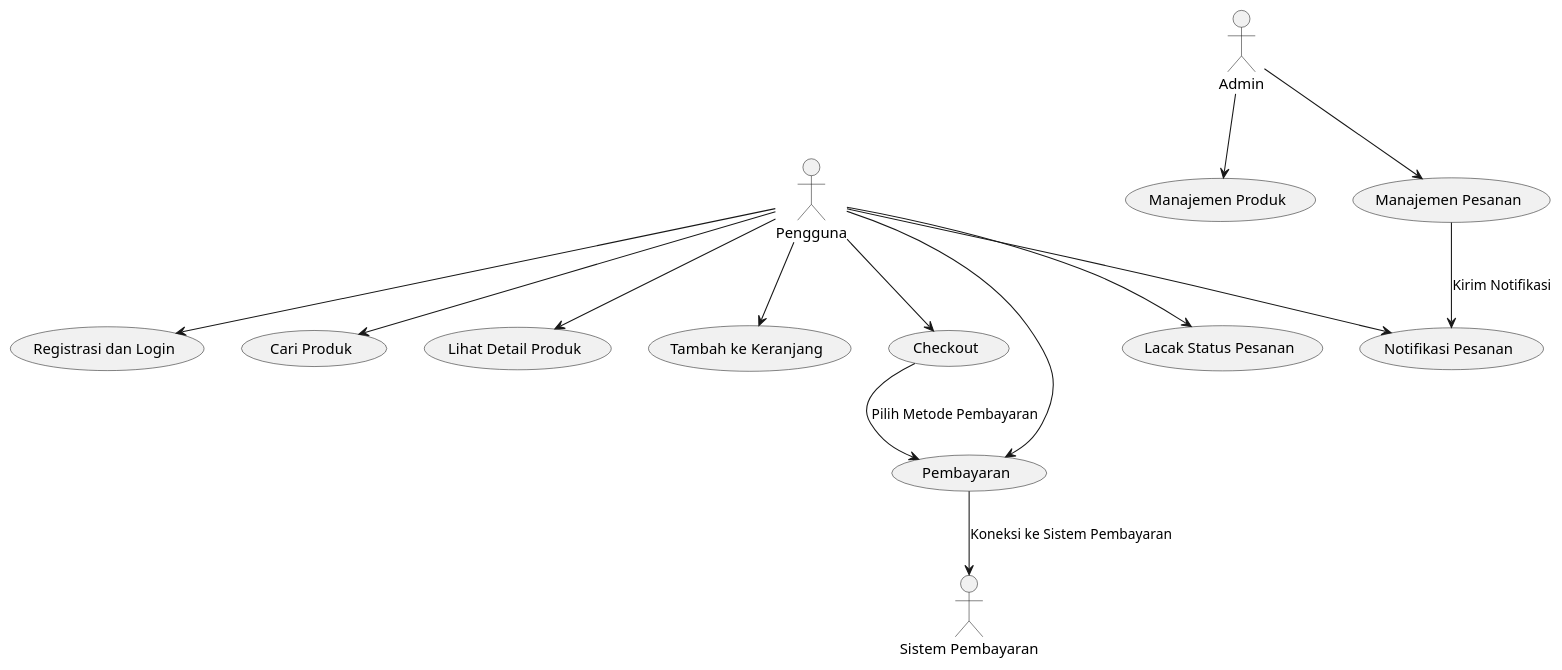
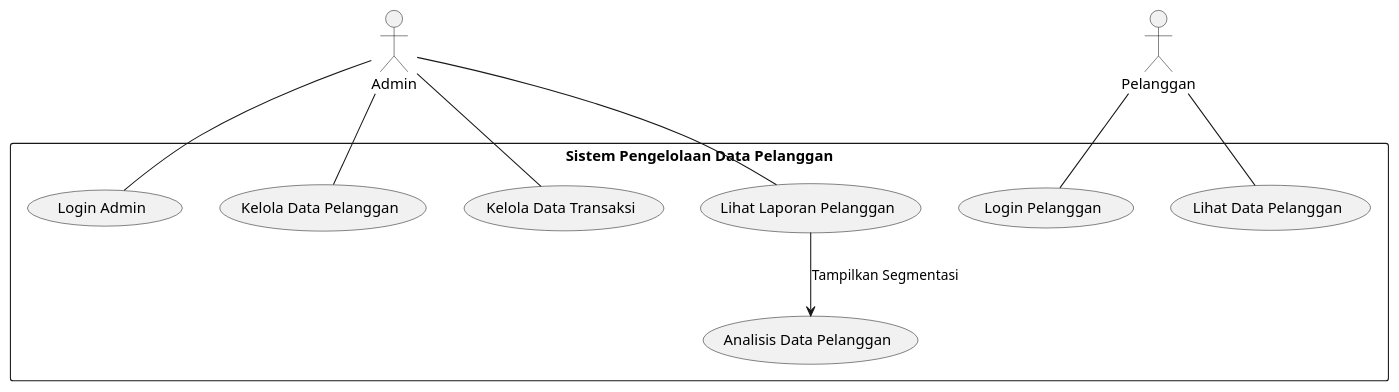
Before and after one commit to fitracandra/DAA: the diagram in UTS/usecase/usecase.puml, drawn with PlantUML. The commit also changed 64 other files, not shown here.

```diff
--- a/UTS/usecase/usecase.puml
+++ b/UTS/usecase/usecase.puml
@@ -1,34 +1,26 @@
-@startuml Jualbeli
+@startuml
 
-actor Pengguna
 actor Admin
-actor "Sistem Pembayaran" as PaymentSystem
+actor Pelanggan
 
-usecase "Registrasi dan Login" as UC_Login
-usecase "Cari Produk" as UC_Search
-usecase "Lihat Detail Produk" as UC_ViewDetail
-usecase "Tambah ke Keranjang" as UC_AddToCart
-usecase "Checkout" as UC_Checkout
-usecase "Pembayaran" as UC_Payment
-usecase "Lacak Status Pesanan" as UC_TrackOrder
-usecase "Notifikasi Pesanan" as UC_Notification
-usecase "Manajemen Produk" as UC_ManageProduct
-usecase "Manajemen Pesanan" as UC_ManageOrder
+rectangle "Sistem Pengelolaan Data Pelanggan" {
+  usecase "Login Admin" as UC1
+  usecase "Kelola Data Pelanggan" as UC2
+  usecase "Kelola Data Transaksi" as UC3
+  usecase "Lihat Laporan Pelanggan" as UC4
+  usecase "Analisis Data Pelanggan" as UC5
 
-Pengguna --> UC_Login
-Pengguna --> UC_Search
-Pengguna --> UC_ViewDetail
-Pengguna --> UC_AddToCart
-Pengguna --> UC_Checkout
-Pengguna --> UC_Payment
-Pengguna --> UC_TrackOrder
-Pengguna --> UC_Notification
+  usecase "Login Pelanggan" as UC6
+  usecase "Lihat Data Pelanggan" as UC7
 
-Admin --> UC_ManageProduct
-Admin --> UC_ManageOrder
-
-UC_Checkout --> UC_Payment : "Pilih Metode Pembayaran"
-UC_Payment --> PaymentSystem : "Koneksi ke Sistem Pembayaran"
-UC_ManageOrder --> UC_Notification : "Kirim Notifikasi"
+  Admin -- UC1
+  Admin -- UC2
+  Admin -- UC3
+  Admin -- UC4
+  UC4 --> UC5 : Tampilkan Segmentasi
+  
+  Pelanggan -- UC6
+  Pelanggan -- UC7
+}
 
 @enduml
```
